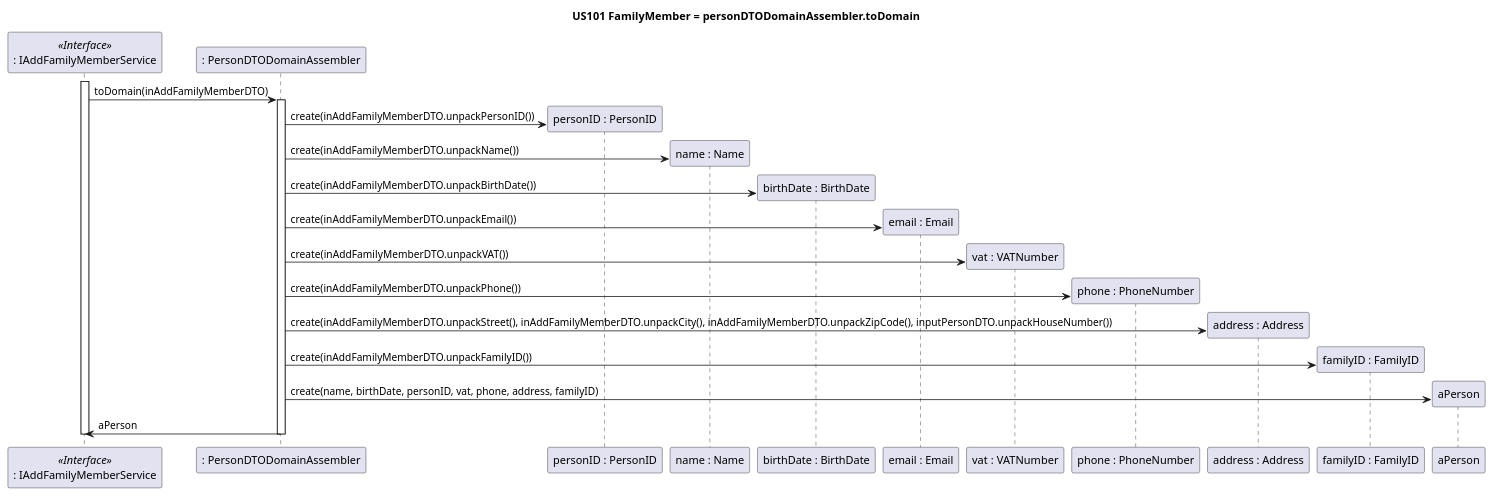
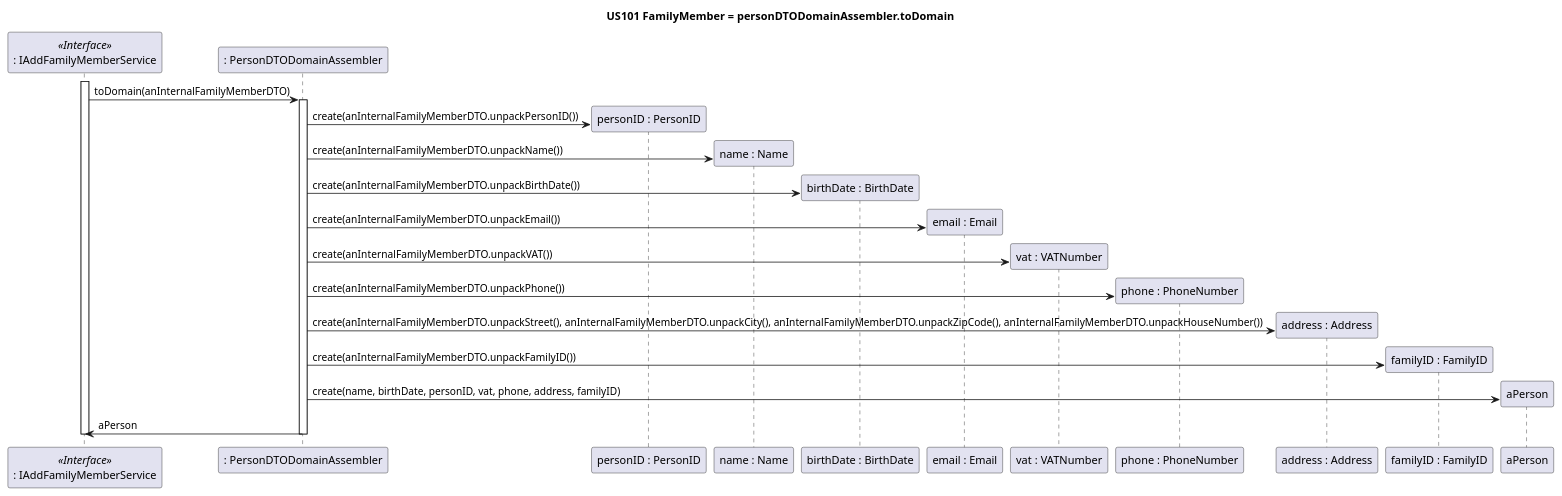
Before and after one commit to tomas-osswald/switch_2020_g3: the fifth of 6 diagrams in docs/sprint5/user_stories/US101_AddFamilyMember.md, drawn with PlantUML. The commit also changed other lines of this file and 8 other files, not shown here.

Commit message:
US101 SD update and PersonRESTController success case addFamilyMember unitary test

`````diff
--- a/docs/sprint5/user_stories/US101_AddFamilyMember.md
+++ b/docs/sprint5/user_stories/US101_AddFamilyMember.md
@@ -335,35 +339,35 @@
 ````puml
 @startuml
 title US101 FamilyMember = personDTODomainAssembler.toDomain
 
 participant ": IAddFamilyMemberService" as FamilyMemberService <<Interface>>
 participant ": PersonDTODomainAssembler" as dtoToDomainAssembler
 'participant "inputPersonDTO : inputPersonDTO" as inputPersonDTO
 participant "personID : PersonID" as personID
 participant "name : Name" as name
 participant "birthDate : BirthDate" as birthDate
 participant "email : Email" as email
 participant "vat : VATNumber" as vat
 participant "phone : PhoneNumber" as phoneNumber
 participant "address : Address" as address
 participant "familyID : FamilyID" as familyID
 
 activate FamilyMemberService
-FamilyMemberService -> dtoToDomainAssembler : toDomain(inAddFamilyMemberDTO)
+FamilyMemberService -> dtoToDomainAssembler : toDomain(anInternalFamilyMemberDTO)
 activate dtoToDomainAssembler
-dtoToDomainAssembler -> personID** : create(inAddFamilyMemberDTO.unpackPersonID())
-dtoToDomainAssembler -> name** : create(inAddFamilyMemberDTO.unpackName())
-dtoToDomainAssembler -> birthDate** : create(inAddFamilyMemberDTO.unpackBirthDate())
-dtoToDomainAssembler -> email** : create(inAddFamilyMemberDTO.unpackEmail())
-dtoToDomainAssembler -> vat** : create(inAddFamilyMemberDTO.unpackVAT())
-dtoToDomainAssembler -> phoneNumber** : create(inAddFamilyMemberDTO.unpackPhone())
-dtoToDomainAssembler -> address** : create(inAddFamilyMemberDTO.unpackStreet(), inAddFamilyMemberDTO.unpackCity(), inAddFamilyMemberDTO.unpackZipCode(), inputPersonDTO.unpackHouseNumber())
-dtoToDomainAssembler -> familyID** : create(inAddFamilyMemberDTO.unpackFamilyID())
+dtoToDomainAssembler -> personID** : create(anInternalFamilyMemberDTO.unpackPersonID())
+dtoToDomainAssembler -> name** : create(anInternalFamilyMemberDTO.unpackName())
+dtoToDomainAssembler -> birthDate** : create(anInternalFamilyMemberDTO.unpackBirthDate())
+dtoToDomainAssembler -> email** : create(anInternalFamilyMemberDTO.unpackEmail())
+dtoToDomainAssembler -> vat** : create(anInternalFamilyMemberDTO.unpackVAT())
+dtoToDomainAssembler -> phoneNumber** : create(anInternalFamilyMemberDTO.unpackPhone())
+dtoToDomainAssembler -> address** : create(anInternalFamilyMemberDTO.unpackStreet(), anInternalFamilyMemberDTO.unpackCity(), anInternalFamilyMemberDTO.unpackZipCode(), anInternalFamilyMemberDTO.unpackHouseNumber())
+dtoToDomainAssembler -> familyID** : create(anInternalFamilyMemberDTO.unpackFamilyID())
 dtoToDomainAssembler -> aPerson** : create(name, birthDate, personID, vat, phone, address, familyID)
 
 dtoToDomainAssembler -> FamilyMemberService : aPerson
 deactivate dtoToDomainAssembler
 deactivate FamilyMemberService
 
 @enduml
 ````
`````
